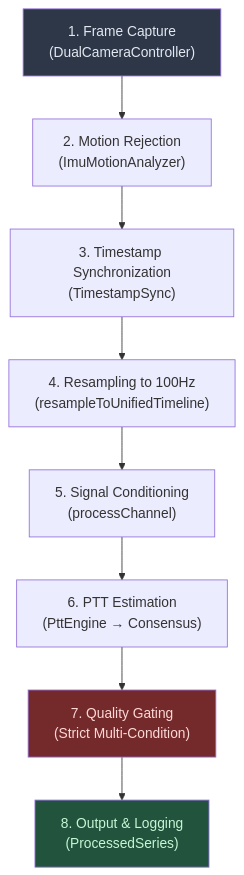
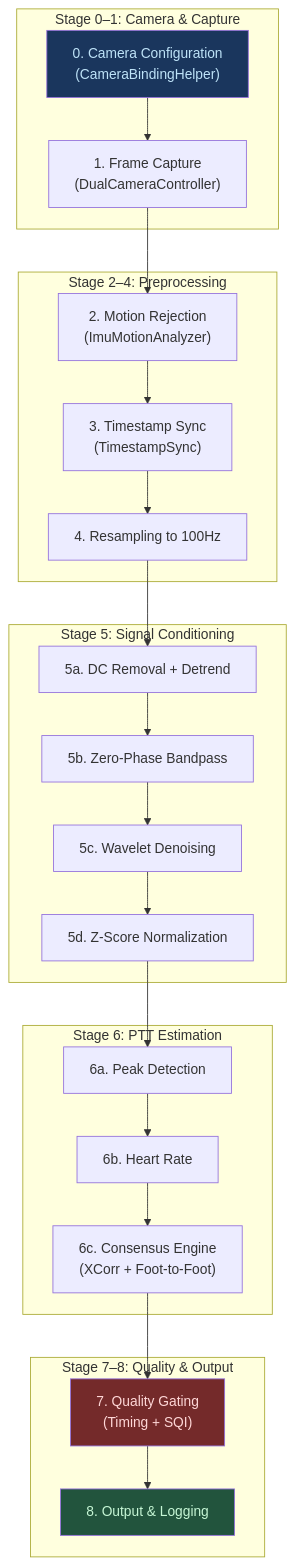
The first of 2 diagrams in docs/algorithm_description.md (zhmura/VivoPulse), drawn with Mermaid before and after one commit. The commit also changed other lines of this file and 12 other files, not shown here.

````diff
--- a/docs/algorithm_description.md
+++ b/docs/algorithm_description.md
@@ -10,14 +12,37 @@
 ```mermaid
 flowchart TD
-    A["1. Frame Capture\n(DualCameraController)"] --> B["2. Motion Rejection\n(ImuMotionAnalyzer)"]
-    B --> C["3. Timestamp Synchronization\n(TimestampSync)"]
-    C --> D["4. Resampling to 100Hz\n(resampleToUnifiedTimeline)"]
-    D --> E["5. Signal Conditioning\n(processChannel)"]
-    E --> F["6. PTT Estimation\n(PttEngine → Consensus)"]
-    F --> G["7. Quality Gating\n(Strict Multi-Condition)"]
-    G --> H["8. Output & Logging\n(ProcessedSeries)"]
+    subgraph CAPTURE ["Stage 0–1: Camera & Capture"]
+        A0["0. Camera Configuration\n(CameraBindingHelper)"]
+        A1["1. Frame Capture\n(DualCameraController)"]
+        A0 --> A1
+    end
+    subgraph PREPROCESSING ["Stage 2–4: Preprocessing"]
+        B["2. Motion Rejection\n(ImuMotionAnalyzer)"]
+        C["3. Timestamp Sync\n(TimestampSync)"]
+        D["4. Resampling to 100Hz"]
+    end
+    subgraph DSP ["Stage 5: Signal Conditioning"]
+        E1["5a. DC Removal + Detrend"]
+        E2["5b. Zero-Phase Bandpass"]
+        E3["5c. Wavelet Denoising"]
+        E4["5d. Z-Score Normalization"]
+    end
+    subgraph PTT ["Stage 6: PTT Estimation"]
+        F1["6a. Peak Detection"]
+        F2["6b. Heart Rate"]
+        F3["6c. Consensus Engine\n(XCorr + Foot-to-Foot)"]
+    end
+    subgraph GATING ["Stage 7–8: Quality & Output"]
+        G["7. Quality Gating\n(Timing + SQI)"]
+        H["8. Output & Logging"]
+    end
 
-    style A fill:#2d3748,color:#e2e8f0
+    A1 --> B --> C --> D
+    D --> E1 --> E2 --> E3 --> E4
+    E4 --> F1 --> F2 --> F3
+    F3 --> G --> H
+
+    style A0 fill:#1a365d,color:#bee3f8
     style G fill:#742a2a,color:#fed7d7
     style H fill:#22543d,color:#c6f6d5
 ```
````
